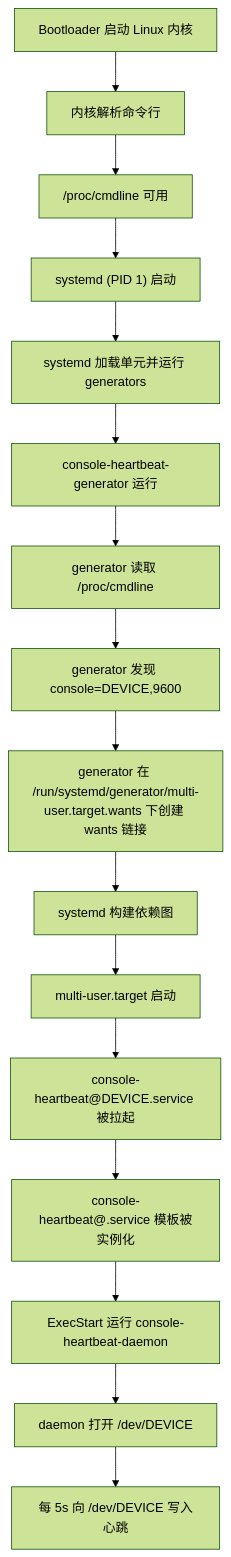
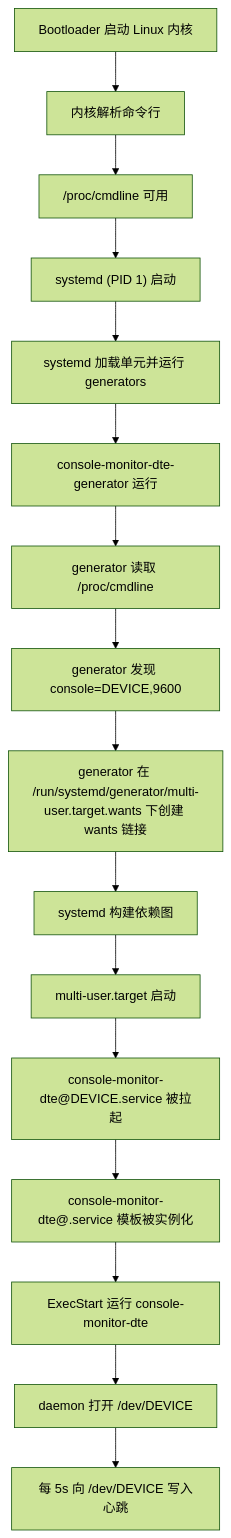
One commit to wiperi/consoled changed the second of 3 diagrams in docs/Console-Monitor-HLD-CN.md. Above: the diagram before and after it, drawn with Mermaid (forest theme). The commit also changed other lines of this file and 3 other files, not shown here.

Commit message:
refactor: update dte installation, disable default getty generator

````diff
--- a/docs/Console-Monitor-HLD-CN.md
+++ b/docs/Console-Monitor-HLD-CN.md
@@ -380,18 +380,18 @@
 ```mermaid
 flowchart TD
   A["Bootloader 启动 Linux 内核"] --> B["内核解析命令行"]
   B --> C["/proc/cmdline 可用"]
   C --> D["systemd (PID 1) 启动"]
   D --> E["systemd 加载单元并运行 generators"]
-  E --> F["console-heartbeat-generator 运行"]
+  E --> F["console-monitor-dte-generator 运行"]
   F --> G["generator 读取 /proc/cmdline"]
   G --> H["generator 发现 console=DEVICE,9600"]
   H --> I["generator 在 /run/systemd/generator/multi-user.target.wants 下创建 wants 链接"]
   I --> J["systemd 构建依赖图"]
   J --> K["multi-user.target 启动"]
-  K --> L["console-heartbeat@DEVICE.service 被拉起"]
-  L --> M["console-heartbeat@.service 模板被实例化"]
-  M --> N["ExecStart 运行 console-heartbeat-daemon"]
+  K --> L["console-monitor-dte@DEVICE.service 被拉起"]
+  L --> M["console-monitor-dte@.service 模板被实例化"]
+  M --> N["ExecStart 运行 console-monitor-dte"]
   N --> O["daemon 打开 /dev/DEVICE"]
   O --> P["每 5s 向 /dev/DEVICE 写入心跳"]
 ```
````
